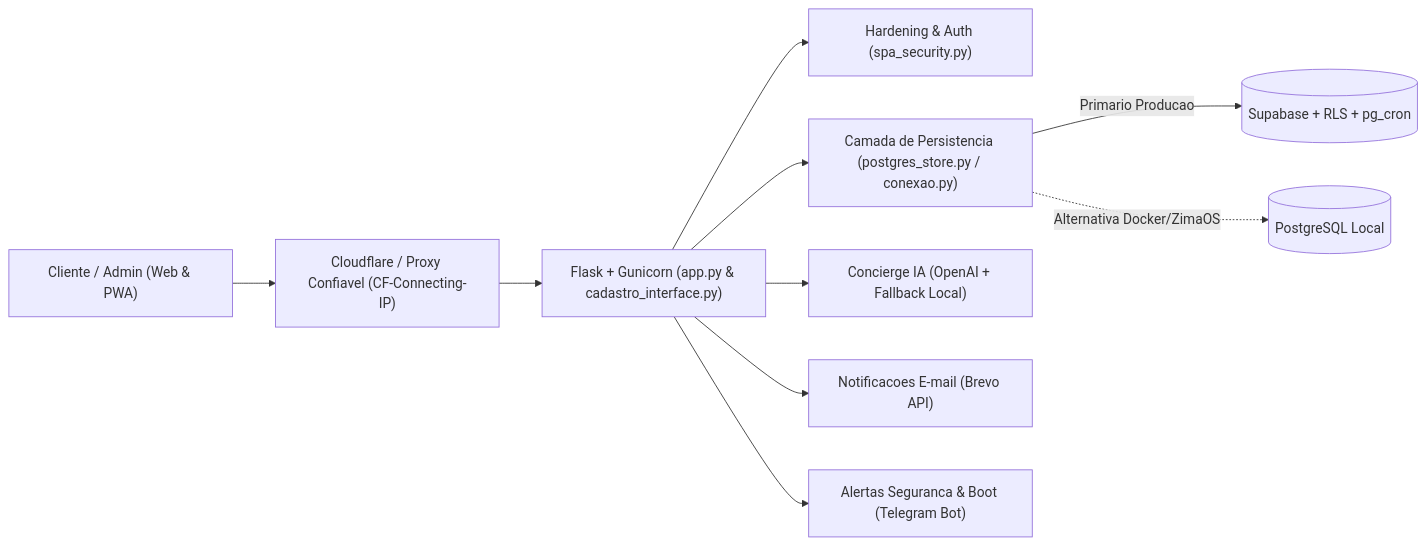
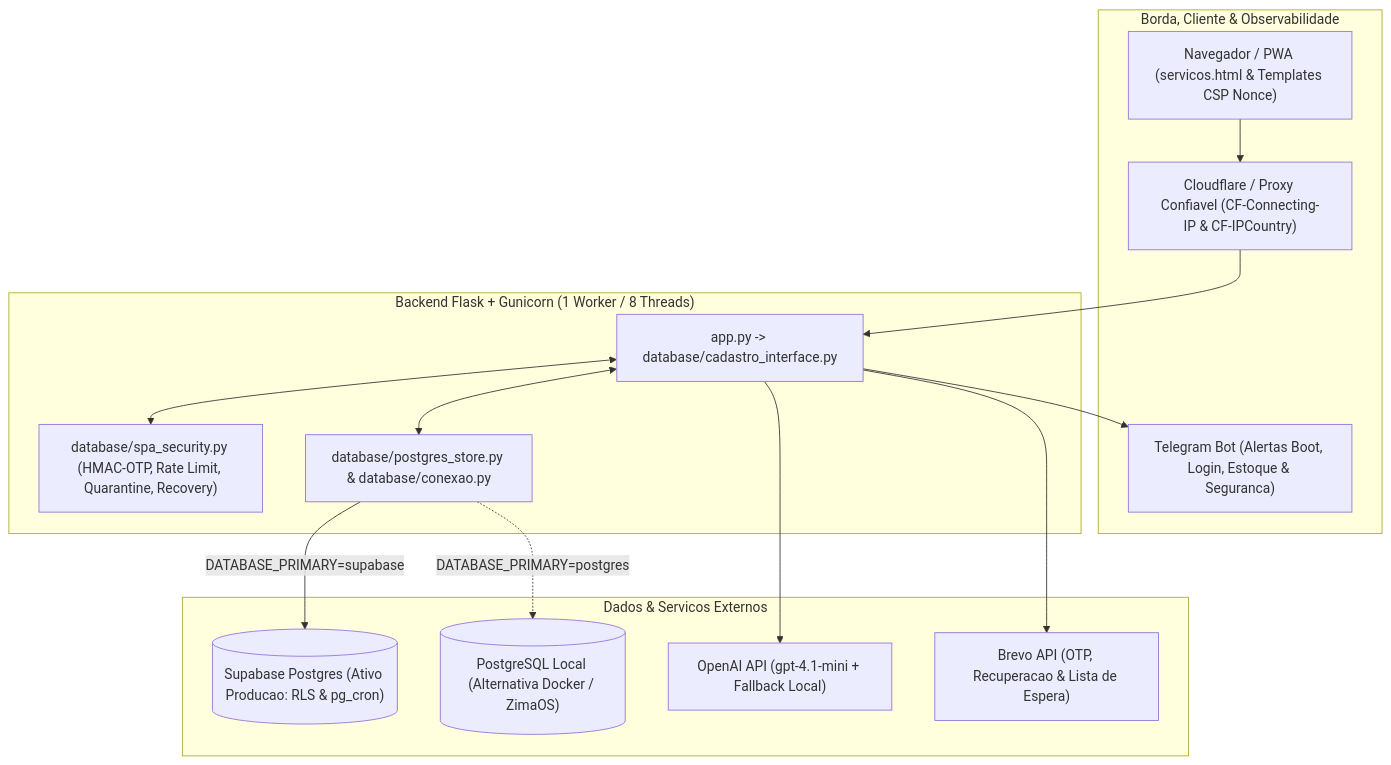
Before and after one commit to maquiszz/tcc-ciencia-de-dados: the first of 3 diagrams in README.md, drawn with Mermaid. The commit also changed other lines of this file, not shown here.

Commit message:
docs: upgrade README with rich visuals, metrics and Mermaid diagrams

````diff
--- a/README.md
+++ b/README.md
@@ -73,12 +149,30 @@
 ```mermaid
-flowchart LR
-    U["Cliente / Admin (Web & PWA)"] --> CF["Cloudflare / Proxy Confiavel (CF-Connecting-IP)"]
-    CF --> APP["Flask + Gunicorn (app.py & cadastro_interface.py)"]
-    APP --> SEC["Hardening & Auth (spa_security.py)"]
-    APP --> STORE["Camada de Persistencia (postgres_store.py / conexao.py)"]
-    STORE -->|"Primario Producao"| SB[("Supabase + RLS + pg_cron")]
-    STORE -.->|"Alternativa Docker/ZimaOS"| PG[("PostgreSQL Local")]
-    APP --> AI["Concierge IA (OpenAI + Fallback Local)"]
-    APP --> MAIL["Notificacoes E-mail (Brevo API)"]
-    APP --> TG["Alertas Seguranca & Boot (Telegram Bot)"]
+flowchart TB
+    subgraph EDGE["Borda, Cliente & Observabilidade"]
+        U["Navegador / PWA (servicos.html & Templates CSP Nonce)"]
+        CF["Cloudflare / Proxy Confiavel (CF-Connecting-IP & CF-IPCountry)"]
+        TG["Telegram Bot (Alertas Boot, Login, Estoque & Seguranca)"]
+    end
+
+    subgraph APP["Backend Flask + Gunicorn (1 Worker / 8 Threads)"]
+        ENTRY["app.py -> database/cadastro_interface.py"]
+        SEC["database/spa_security.py (HMAC-OTP, Rate Limit, Quarantine, Recovery)"]
+        STORE["database/postgres_store.py & database/conexao.py"]
+    end
+
+    subgraph DATA["Dados & Servicos Externos"]
+        SB[("Supabase Postgres (Ativo Producao: RLS & pg_cron)")]
+        PG[("PostgreSQL Local (Alternativa Docker / ZimaOS)")]
+        AI["OpenAI API (gpt-4.1-mini + Fallback Local)"]
+        BR["Brevo API (OTP, Recuperacao & Lista de Espera)"]
+    end
+
+    U --> CF --> ENTRY
+    ENTRY <--> SEC
+    ENTRY <--> STORE
+    STORE -->|"DATABASE_PRIMARY=supabase"| SB
+    STORE -.->|"DATABASE_PRIMARY=postgres"| PG
+    ENTRY --> AI
+    ENTRY --> BR
+    ENTRY --> TG
 ```
````
